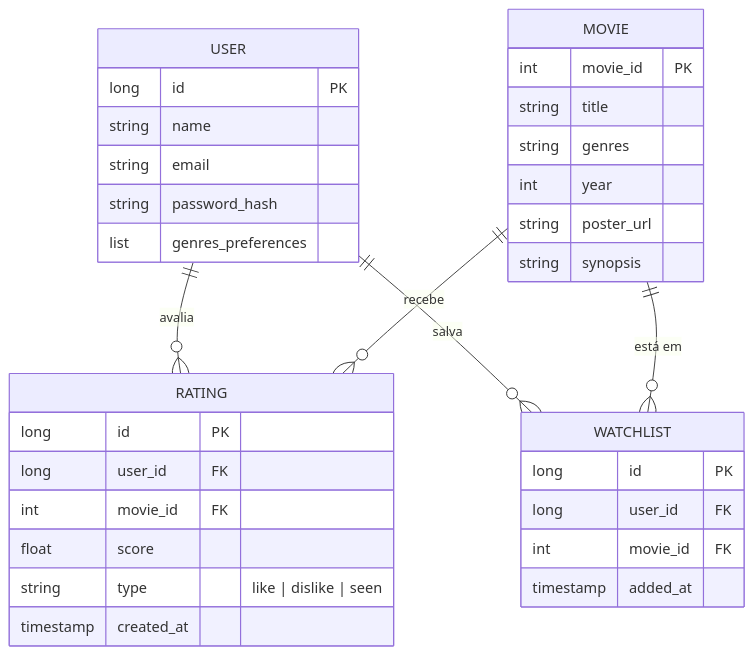
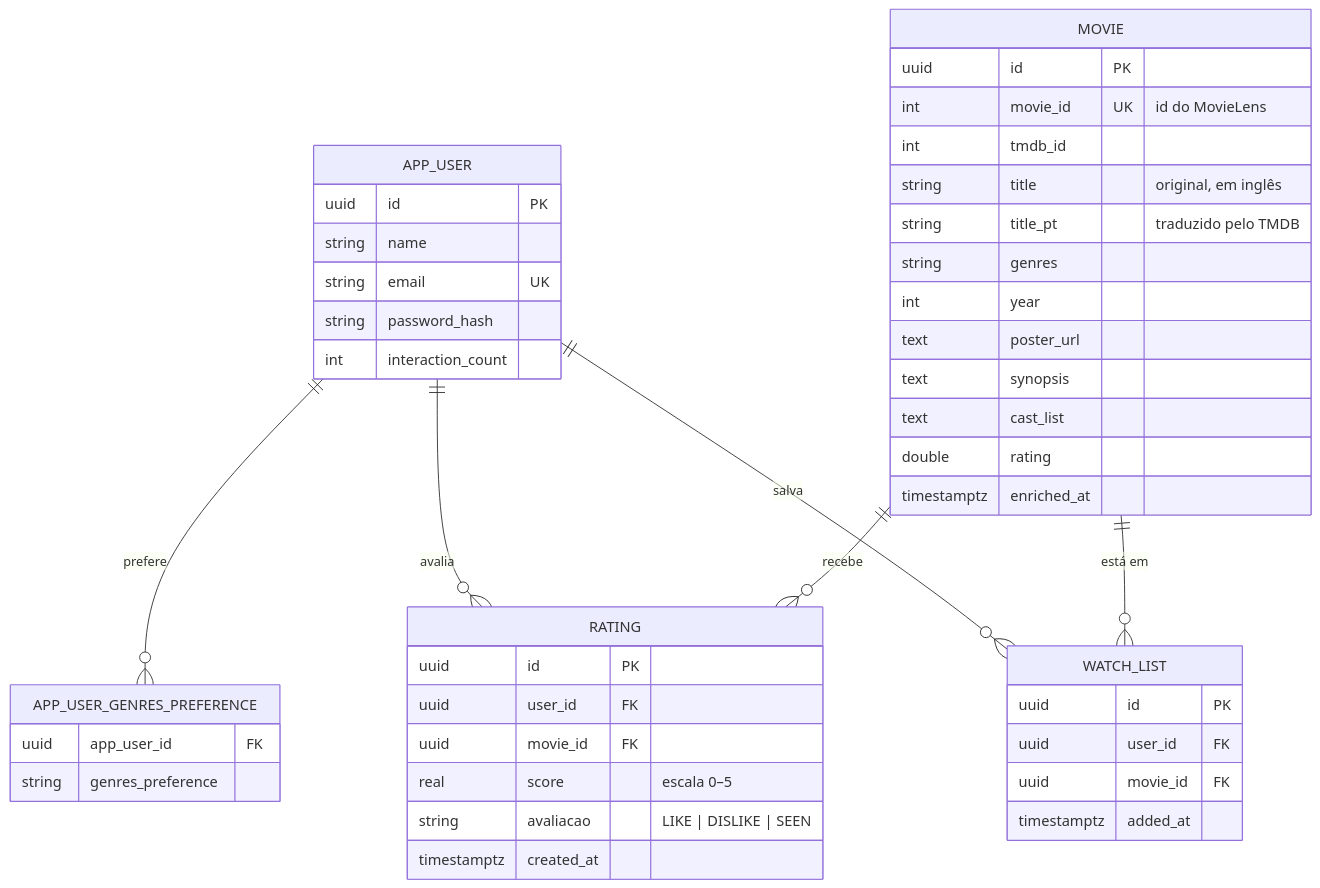
One commit to fpp-7/nextScene changed the third of 3 diagrams in docs/project_overview.md. Above: the diagram before and after it, drawn with Mermaid. The commit also changed other lines of this file and 15 other files, not shown here.

````diff
--- a/docs/project_overview.md
+++ b/docs/project_overview.md
@@ -139,37 +148,48 @@
 ```mermaid
 erDiagram
-    USER {
-        long id PK
+    APP_USER {
+        uuid id PK
         string name
-        string email
+        string email UK
         string password_hash
-        list genres_preferences
+        int interaction_count
+    }
+    APP_USER_GENRES_PREFERENCE {
+        uuid app_user_id FK
+        string genres_preference
     }
     MOVIE {
-        int movie_id PK
-        string title
+        uuid id PK
+        int movie_id UK "id do MovieLens"
+        int tmdb_id
+        string title "original, em inglês"
+        string title_pt "traduzido pelo TMDB"
         string genres
         int year
-        string poster_url
-        string synopsis
+        text poster_url
+        text synopsis
+        text cast_list
+        double rating
+        timestamptz enriched_at
     }
     RATING {
-        long id PK
-        long user_id FK
-        int movie_id FK
-        float score
-        string type "like | dislike | seen"
-        timestamp created_at
+        uuid id PK
+        uuid user_id FK
+        uuid movie_id FK
+        real score "escala 0–5"
+        string avaliacao "LIKE | DISLIKE | SEEN"
+        timestamptz created_at
     }
-    WATCHLIST {
-        long id PK
-        long user_id FK
-        int movie_id FK
-        timestamp added_at
+    WATCH_LIST {
+        uuid id PK
+        uuid user_id FK
+        uuid movie_id FK
+        timestamptz added_at
     }
 
-    USER ||--o{ RATING : "avalia"
-    USER ||--o{ WATCHLIST : "salva"
+    APP_USER ||--o{ APP_USER_GENRES_PREFERENCE : "prefere"
+    APP_USER ||--o{ RATING : "avalia"
+    APP_USER ||--o{ WATCH_LIST : "salva"
     MOVIE ||--o{ RATING : "recebe"
-    MOVIE ||--o{ WATCHLIST : "está em"
+    MOVIE ||--o{ WATCH_LIST : "está em"
 ```
````
